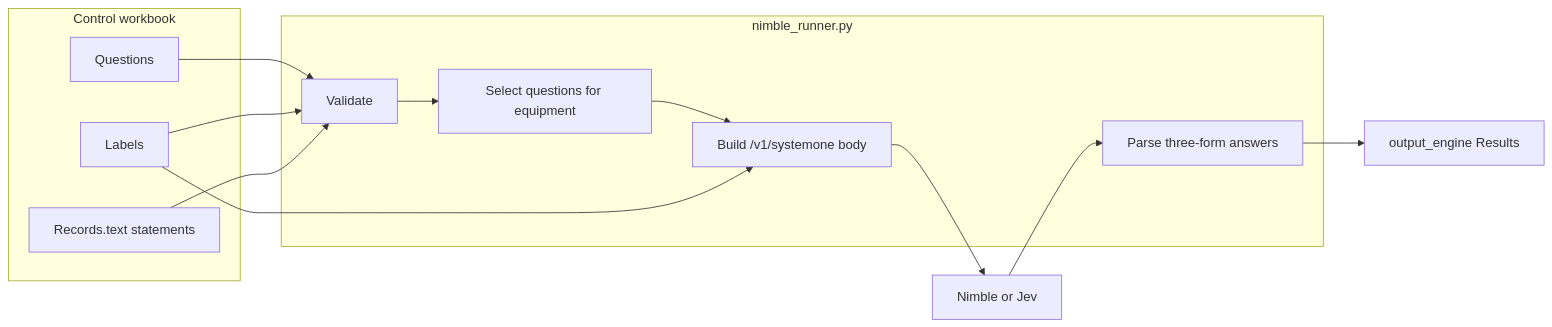
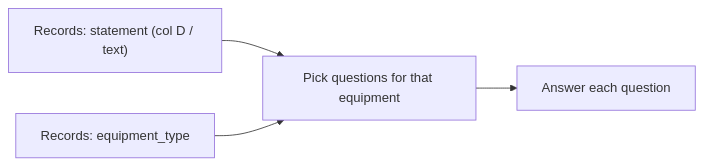
Before and after one commit to ranga291257/nimble_plant: the diagram in docs/functional-spec.md, drawn with Mermaid. The commit also changed other lines of this file, not shown here.

First line of the commit message:
Rewrite functional spec around statement → equipment → answers.

````diff
--- a/docs/functional-spec.md
+++ b/docs/functional-spec.md
@@ -34,26 +33,10 @@
 ```mermaid
 flowchart LR
-  subgraph workbook [Control workbook]
-    Q[Questions]
-    L[Labels]
-    R[Records.text statements]
-  end
-  subgraph runner [nimble_runner.py]
-    V[Validate]
-    S[Select questions for equipment]
-    B[Build /v1/systemone body]
-    P[Parse three-form answers]
-  end
-  Eng[Nimble or Jev]
-  Out[output_engine Results]
-
-  Q --> V
-  L --> V
-  R --> V
-  V --> S
-  S --> B
-  L --> B
-  B --> Eng
-  Eng --> P
-  P --> Out
+  S["Records: statement (col D / text)"]
+  E[Records: equipment_type]
+  Q[Pick questions for that equipment]
+  A[Answer each question]
+  S --> Q
+  E --> Q
+  Q --> A
 ```
````
